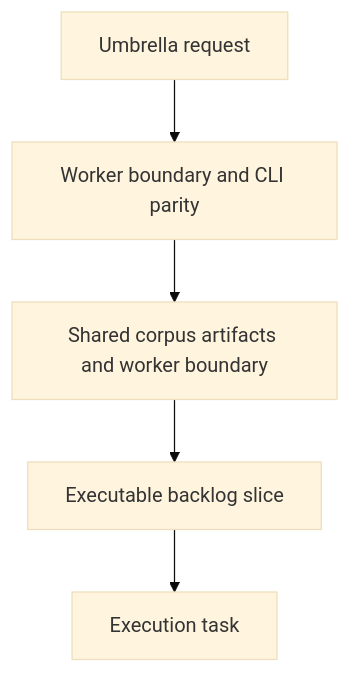
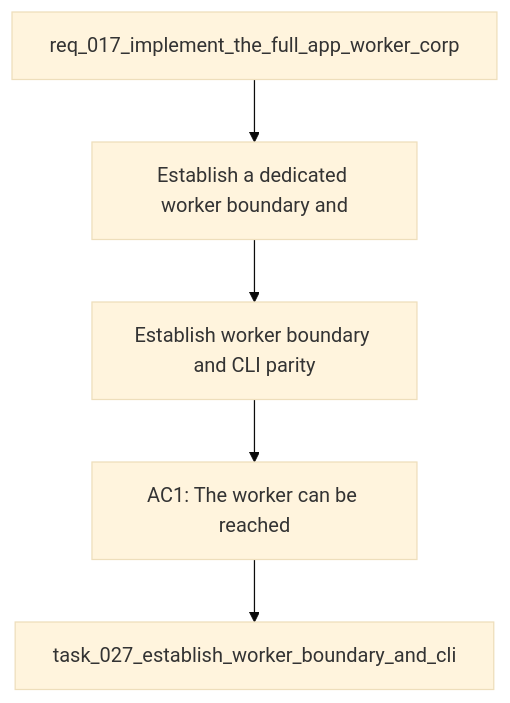
The diagram in logics/backlog/item_059_establish_worker_boundary_and_cli_parity_with_shared_corpus_artifacts.md (AlexAgo83/deepvault), drawn with Mermaid (base theme) before and after one commit. The commit also changed other lines of this file and 10 other files, not shown here.

Commit message:
chore(logics): close umbrella plan and sync workflow docs

````diff
--- a/logics/backlog/item_059_establish_worker_boundary_and_cli_parity_with_shared_corpus_artifacts.md
+++ b/logics/backlog/item_059_establish_worker_boundary_and_cli_parity_with_shared_corpus_artifacts.md
@@ -22,9 +23,9 @@
 ```mermaid
 %% logics-kind: backlog
-%% logics-signature: backlog|establish-worker-boundary-and-cli-parity|req-017-implement-the-full-app-worker-co|worker-boundary-and-cli-parity-with-shar|ac1-the-worker-can-be-reached-locally-or
+%% logics-signature: backlog|establish-worker-boundary-and-cli-parity|req-017-implement-the-full-app-worker-co|establish-a-dedicated-worker-boundary-an|ac1-the-worker-can-be-reached
 flowchart TD
-    Request[Umbrella request] --> Problem[Worker boundary and CLI parity]
-    Problem --> Scope[Shared corpus artifacts and worker boundary]
-    Scope --> Acceptance[Executable backlog slice]
-    Acceptance --> Tasks[Execution task]
+    Request[req_017_implement_the_full_app_worker_corp] --> Problem[Establish a dedicated worker boundary and]
+    Problem --> Scope[Establish worker boundary and CLI parity]
+    Scope --> Acceptance[AC1: The worker can be reached]
+    Acceptance --> Tasks[task_027_establish_worker_boundary_and_cli]
 ```
````
